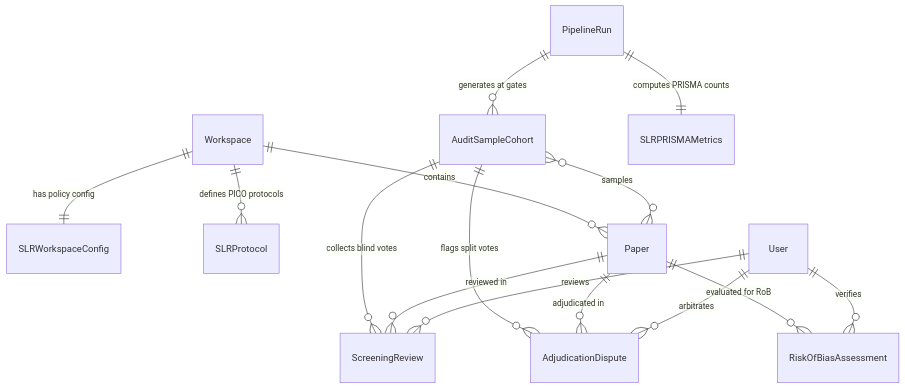
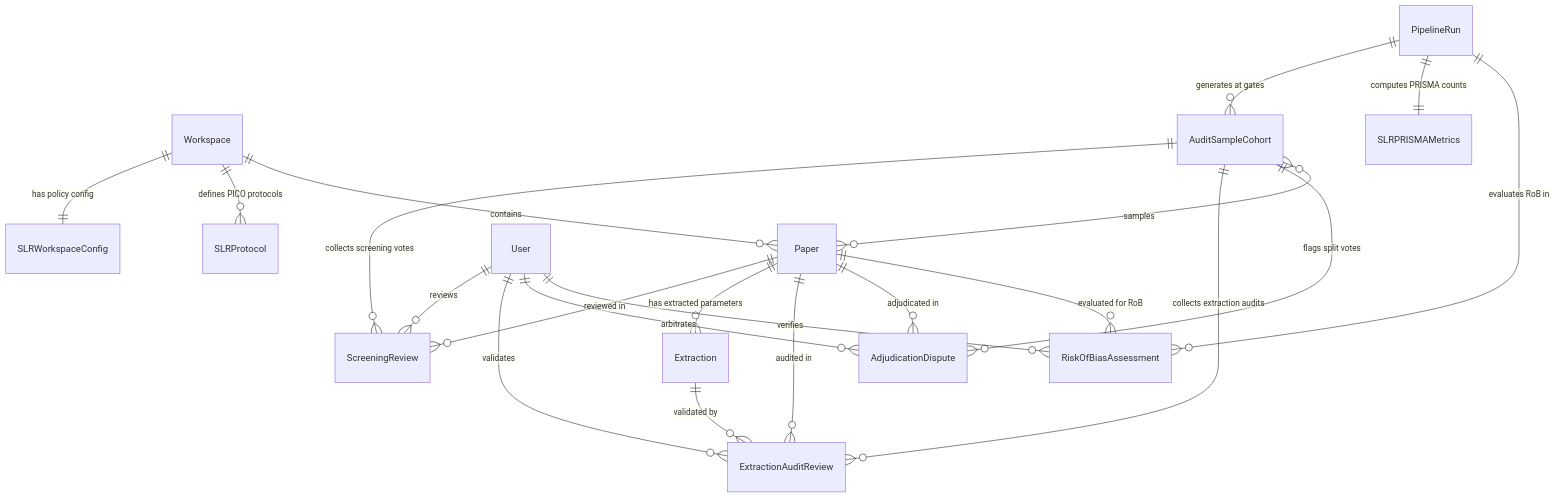
Before and after one commit to p4ku/research-intelligence: the diagram in README_SLR_MODELS.md, drawn with Mermaid. The commit also changed other lines of this file and 1 other file, not shown here.

Commit message:
docs: add system architecture diagram and update SLR pipeline flowchart

````diff
--- a/README_SLR_MODELS.md
+++ b/README_SLR_MODELS.md
@@ -22,21 +23,28 @@
 ```mermaid
 erDiagram
     Workspace ||--|| SLRWorkspaceConfig : "has policy config"
     Workspace ||--o{ SLRProtocol : "defines PICO protocols"
     Workspace ||--o{ Paper : "contains"
     
     PipelineRun ||--o{ AuditSampleCohort : "generates at gates"
     PipelineRun ||--|| SLRPRISMAMetrics : "computes PRISMA counts"
+    PipelineRun ||--o{ RiskOfBiasAssessment : "evaluates RoB in"
     
-    AuditSampleCohort ||--o{ ScreeningReview : "collects blind votes"
+    AuditSampleCohort ||--o{ ScreeningReview : "collects screening votes"
+    AuditSampleCohort ||--o{ ExtractionAuditReview : "collects extraction audits"
     AuditSampleCohort ||--o{ AdjudicationDispute : "flags split votes"
     AuditSampleCohort }o--o{ Paper : "samples"
     
     Paper ||--o{ ScreeningReview : "reviewed in"
+    Paper ||--o{ Extraction : "has extracted parameters"
+    Paper ||--o{ ExtractionAuditReview : "audited in"
     Paper ||--o{ AdjudicationDispute : "adjudicated in"
     Paper ||--o{ RiskOfBiasAssessment : "evaluated for RoB"
     
+    Extraction ||--o{ ExtractionAuditReview : "validated by"
+    
     User ||--o{ ScreeningReview : "reviews"
+    User ||--o{ ExtractionAuditReview : "validates"
     User ||--o{ AdjudicationDispute : "arbitrates"
     User ||--o{ RiskOfBiasAssessment : "verifies"
 ```
````
